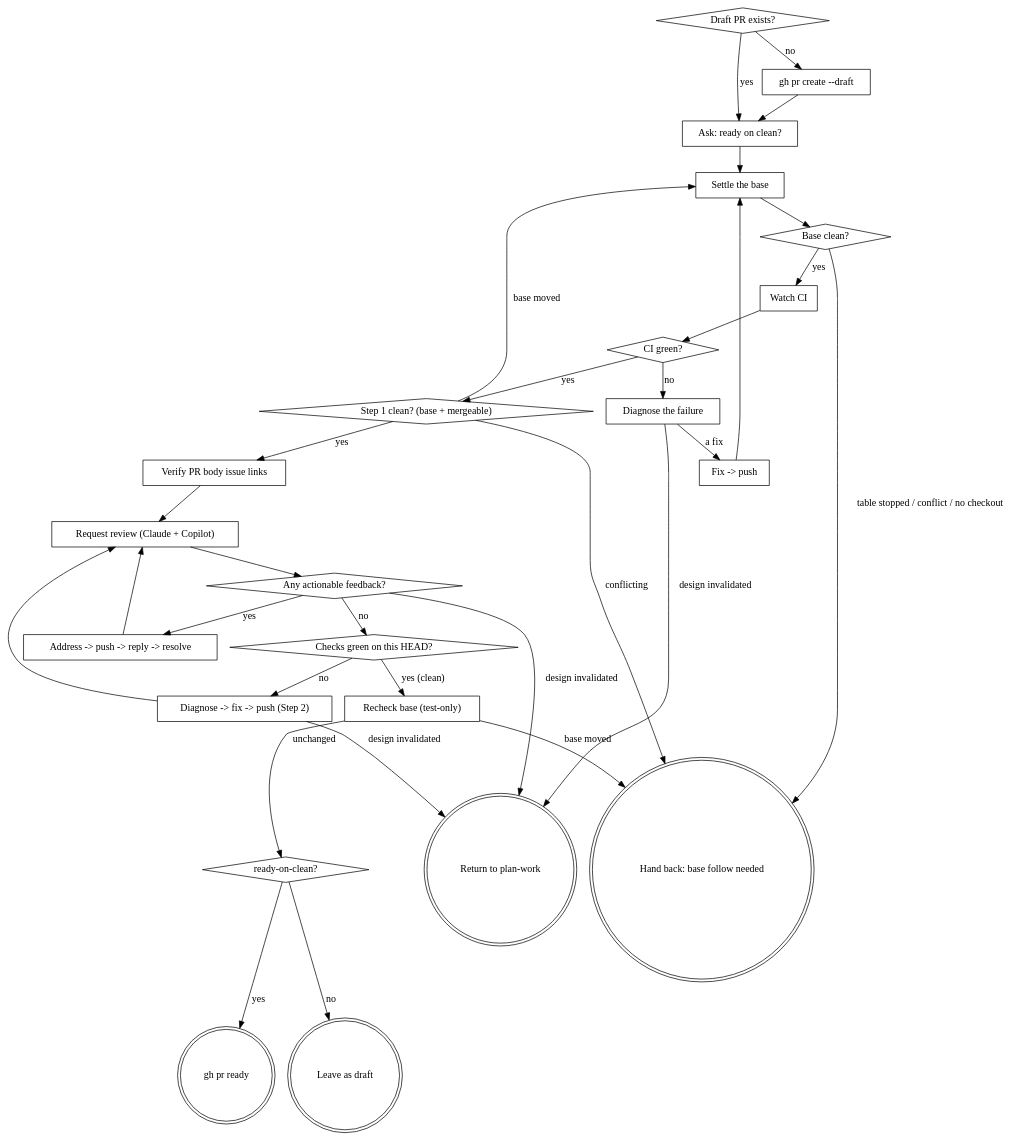
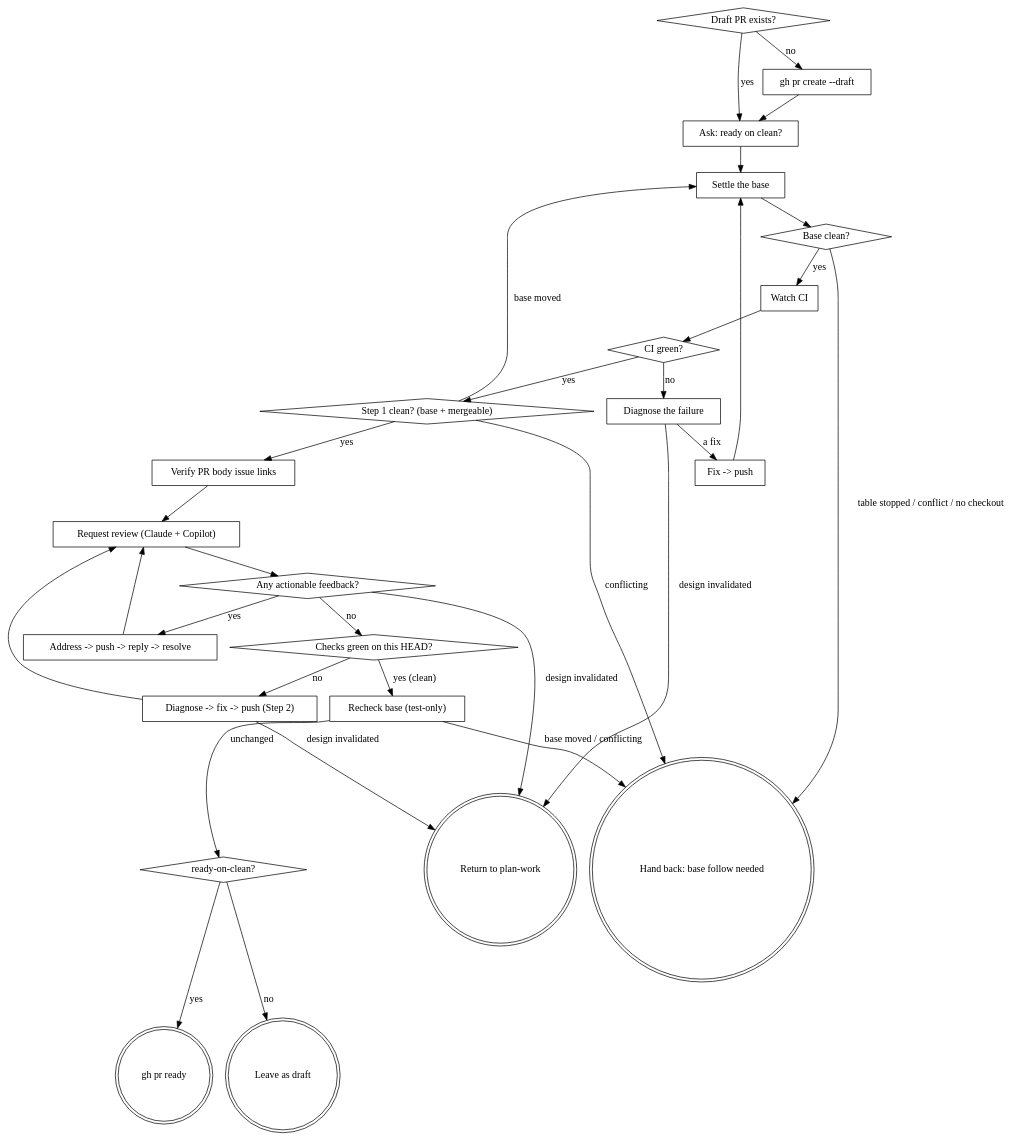
The diagram in ai/skills/pr-to-ready/SKILL.md (yowcow/dotfiles), drawn with Graphviz before and after one commit. The commit also changed other lines of this file, not shown here.

````diff
--- a/ai/skills/pr-to-ready/SKILL.md
+++ b/ai/skills/pr-to-ready/SKILL.md
@@ -126,57 +126,57 @@
 ```dot
 digraph pr_to_ready {
   "Draft PR exists?" [shape=diamond];
   "gh pr create --draft" [shape=box];
   "Ask: ready on clean?" [shape=box];
   "Settle the base" [shape=box];
   "Base clean?" [shape=diamond];
   "Watch CI" [shape=box];
   "CI green?" [shape=diamond];
   "Step 1 clean? (base + mergeable)" [shape=diamond];
   "Diagnose the failure" [shape=box];
   "Fix -> push" [shape=box];
   "Verify PR body issue links" [shape=box];
   "Request review (Claude + Copilot)" [shape=box];
   "Any actionable feedback?" [shape=diamond];
   "Address -> push -> reply -> resolve" [shape=box];
   "Checks green on this HEAD?" [shape=diamond];
   "Diagnose -> fix -> push (Step 2)" [shape=box];
   "Recheck base (test-only)" [shape=box];
   "ready-on-clean?" [shape=diamond];
   "gh pr ready" [shape=doublecircle];
   "Leave as draft" [shape=doublecircle];
   "Hand back: base follow needed" [shape=doublecircle];
   "Return to plan-work" [shape=doublecircle];
 
   "Draft PR exists?" -> "gh pr create --draft" [label="no"];
   "gh pr create --draft" -> "Ask: ready on clean?";
   "Draft PR exists?" -> "Ask: ready on clean?" [label="yes"];
   "Ask: ready on clean?" -> "Settle the base";
   "Settle the base" -> "Base clean?";
   "Base clean?" -> "Watch CI" [label="yes"];
   "Base clean?" -> "Hand back: base follow needed" [label="table stopped / conflict / no checkout"];
   "Watch CI" -> "CI green?";
   "CI green?" -> "Diagnose the failure" [label="no"];
   "Diagnose the failure" -> "Fix -> push" [label="a fix"];
   "Fix -> push" -> "Settle the base";
   "CI green?" -> "Step 1 clean? (base + mergeable)" [label="yes"];
   "Step 1 clean? (base + mergeable)" -> "Verify PR body issue links" [label="yes"];
   "Step 1 clean? (base + mergeable)" -> "Settle the base" [label="base moved"];
   "Step 1 clean? (base + mergeable)" -> "Hand back: base follow needed" [label="conflicting"];
   "Verify PR body issue links" -> "Request review (Claude + Copilot)";
   "Request review (Claude + Copilot)" -> "Any actionable feedback?";
   "Any actionable feedback?" -> "Address -> push -> reply -> resolve" [label="yes"];
   "Address -> push -> reply -> resolve" -> "Request review (Claude + Copilot)";
   "Any actionable feedback?" -> "Checks green on this HEAD?" [label="no"];
   "Checks green on this HEAD?" -> "Recheck base (test-only)" [label="yes (clean)"];
   "Checks green on this HEAD?" -> "Diagnose -> fix -> push (Step 2)" [label="no"];
   "Recheck base (test-only)" -> "ready-on-clean?" [label="unchanged"];
-  "Recheck base (test-only)" -> "Hand back: base follow needed" [label="base moved"];
+  "Recheck base (test-only)" -> "Hand back: base follow needed" [label="base moved / conflicting"];
   "Diagnose -> fix -> push (Step 2)" -> "Request review (Claude + Copilot)";
   "Diagnose -> fix -> push (Step 2)" -> "Return to plan-work" [label="design invalidated"];
   "Any actionable feedback?" -> "Return to plan-work" [label="design invalidated"];
   "Diagnose the failure" -> "Return to plan-work" [label="design invalidated"];
   "ready-on-clean?" -> "gh pr ready" [label="yes"];
   "ready-on-clean?" -> "Leave as draft" [label="no"];
 }
 ```
````
